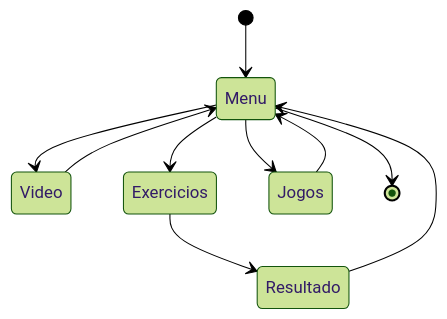
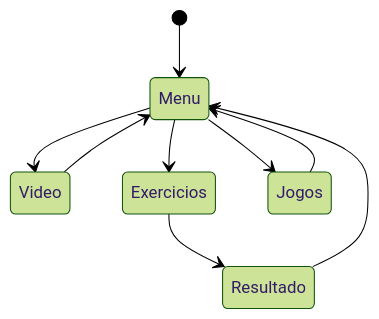
One commit to GabrielSouzzza/arnaldo changed the third of 3 diagrams in README.md. Above: the diagram before and after it, drawn with Mermaid (forest theme).

````diff
--- a/README.md
+++ b/README.md
@@ -70,15 +70,15 @@
 ```mermaid
 stateDiagram-v2
     [*] --> Menu
 
     Menu --> Video
     Menu --> Exercicios
     Menu --> Jogos
 
     Video --> Menu
     Exercicios --> Resultado
     Resultado --> Menu
     Jogos --> Menu
 
-    Menu --> [*]
+   
 ```
````
